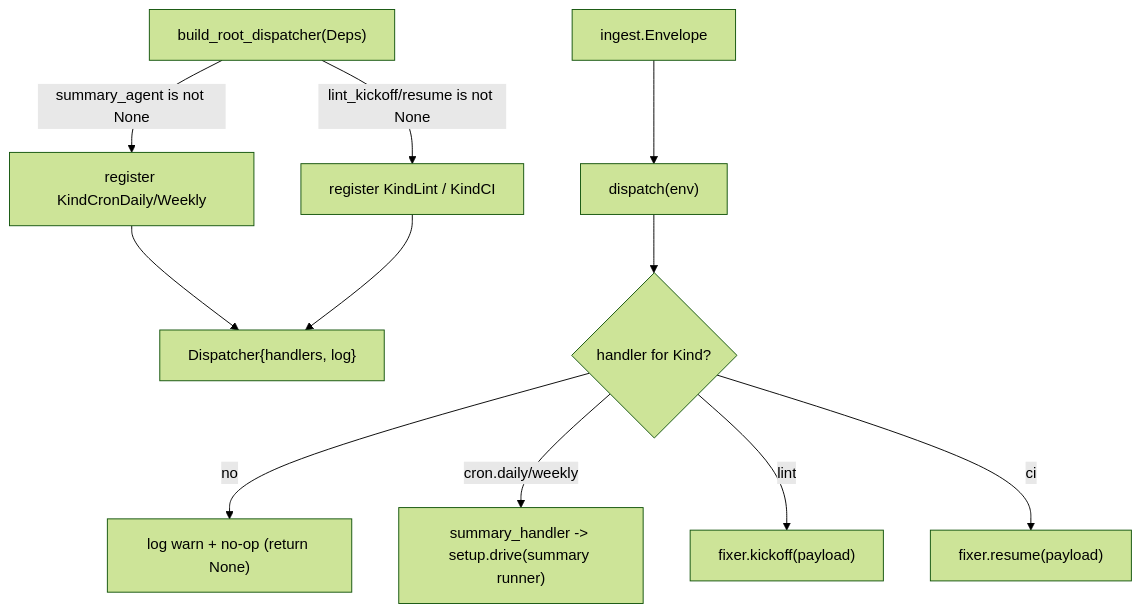
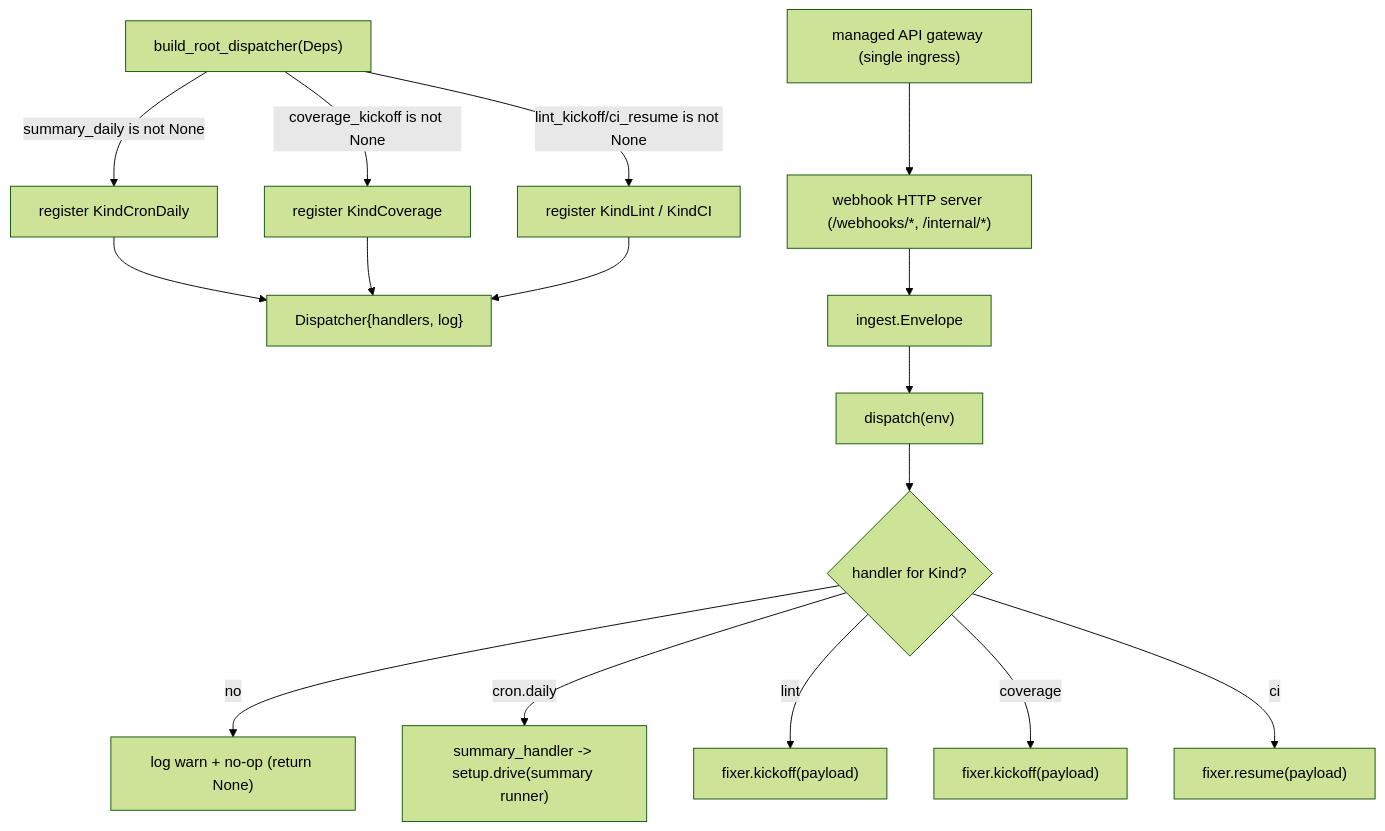
One commit to jkjamies/automation-agent changed the diagram in python/automation_agent/agent/root/AGENTS.md. Above: the diagram before and after it, drawn with Mermaid (forest theme). The commit also changed other lines of this file and 98 other files, not shown here.

First line of the commit message:
Drop in-process cron + weekly digest; Cloud Scheduler is the sole trigger (#7)

````diff
--- a/python/automation_agent/agent/root/AGENTS.md
+++ b/python/automation_agent/agent/root/AGENTS.md
@@ -7,13 +7,18 @@
 ```mermaid
 flowchart TD
-    Build["build_root_dispatcher(Deps)"] -->|"summary_agent is not None"| RegC["register KindCronDaily/Weekly"]
-    Build -->|"lint_kickoff/resume is not None"| RegL["register KindLint / KindCI"]
+    Build["build_root_dispatcher(Deps)"] -->|"summary_daily is not None"| RegC["register KindCronDaily"]
+    Build -->|"coverage_kickoff is not None"| RegCov["register KindCoverage"]
+    Build -->|"lint_kickoff/ci_resume is not None"| RegL["register KindLint / KindCI"]
     RegC --> D["Dispatcher{handlers, log}"]
+    RegCov --> D
     RegL --> D
-    Env["ingest.Envelope"] --> Disp["dispatch(env)"]
+    GW["managed API gateway (single ingress)"] --> Ing["webhook HTTP server (/webhooks/*, /internal/*)"]
+    Ing --> Env["ingest.Envelope"]
+    Env --> Disp["dispatch(env)"]
     Disp --> M{"handler for Kind?"}
     M -->|no| Warn["log warn + no-op (return None)"]
-    M -->|"cron.daily/weekly"| Sum["summary_handler -> setup.drive(summary runner)"]
+    M -->|"cron.daily"| Sum["summary_handler -> setup.drive(summary runner)"]
     M -->|lint| LK["fixer.kickoff(payload)"]
+    M -->|coverage| CK["fixer.kickoff(payload)"]
     M -->|ci| LR["fixer.resume(payload)"]
 ```
````
